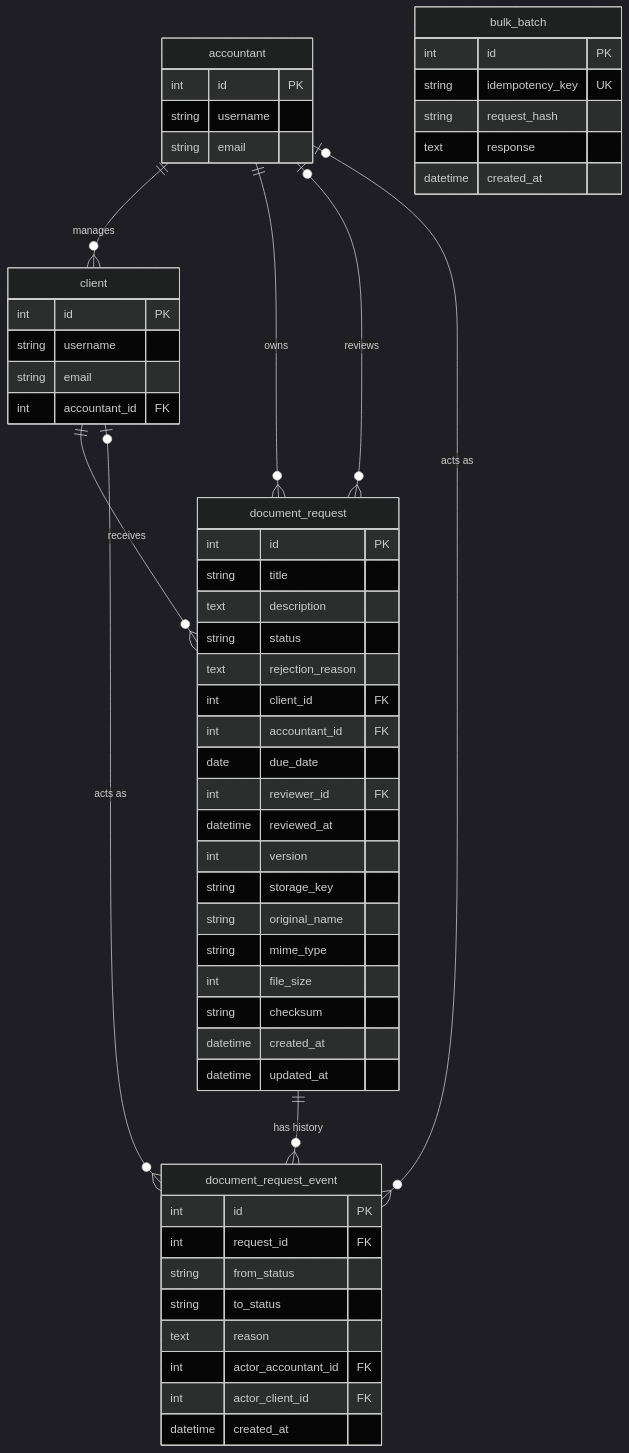
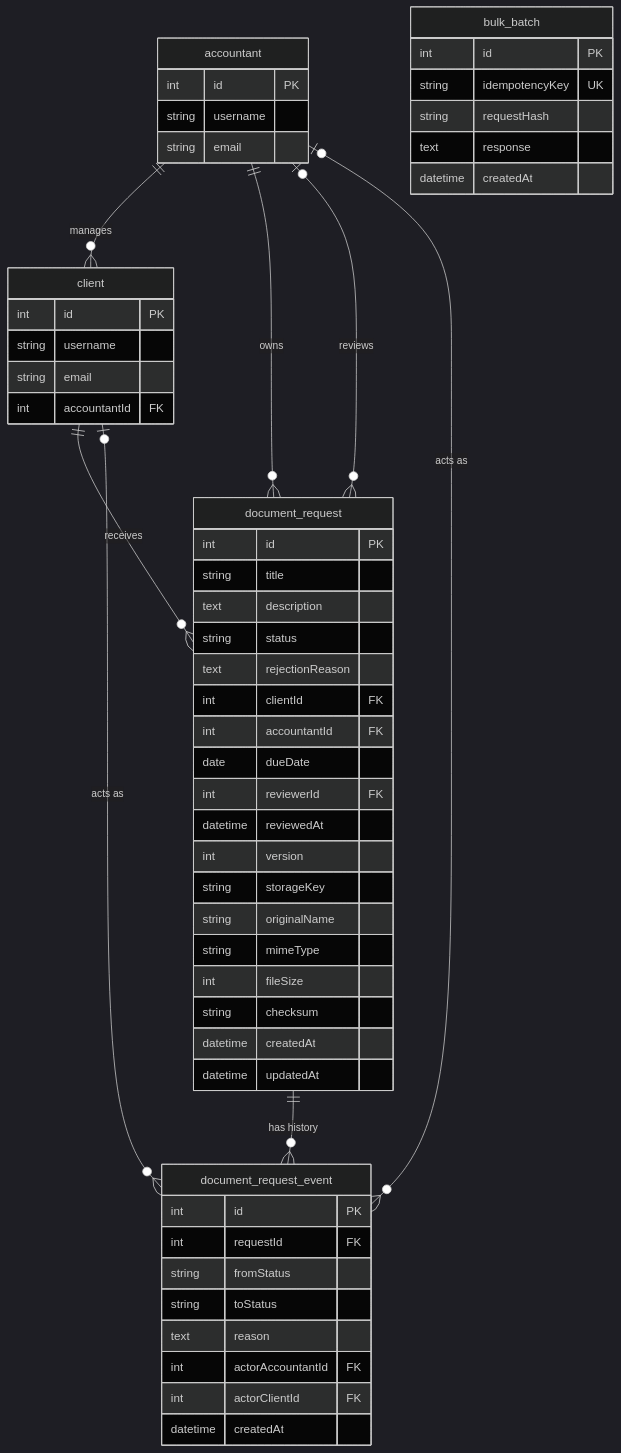
The diagram in docs/DESIGN.MD (karim029/request_document_feature_poc), drawn with Mermaid (dark theme) before and after one commit. The commit also changed other lines of this file and 4 other files, not shown here.

Commit message:
feat(db): add schema migrations 1 to 5

````diff
--- a/docs/DESIGN.MD
+++ b/docs/DESIGN.MD
@@ -16,59 +13,59 @@
 ```mermaid
 erDiagram
     accountant ||--o{ client : "manages"
     client ||--o{ document_request : "receives"
     accountant ||--o{ document_request : "owns"
     accountant |o--o{ document_request : "reviews"
     document_request ||--o{ document_request_event : "has history"
     accountant |o--o{ document_request_event : "acts as"
     client |o--o{ document_request_event : "acts as"
-
+ 
     accountant {
         int id PK
         string username
         string email
     }
     client {
         int id PK
         string username
         string email
-        int accountant_id FK
+        int accountantId FK
     }
     document_request {
         int id PK
         string title
         text description
         string status
-        text rejection_reason
-        int client_id FK
-        int accountant_id FK
-        date due_date
-        int reviewer_id FK
-        datetime reviewed_at
+        text rejectionReason
+        int clientId FK
+        int accountantId FK
+        date dueDate
+        int reviewerId FK
+        datetime reviewedAt
         int version
-        string storage_key
-        string original_name
-        string mime_type
-        int file_size
+        string storageKey
+        string originalName
+        string mimeType
+        int fileSize
         string checksum
-        datetime created_at
-        datetime updated_at
+        datetime createdAt
+        datetime updatedAt
     }
     document_request_event {
         int id PK
-        int request_id FK
-        string from_status
-        string to_status
+        int requestId FK
+        string fromStatus
+        string toStatus
         text reason
-        int actor_accountant_id FK
-        int actor_client_id FK
-        datetime created_at
+        int actorAccountantId FK
+        int actorClientId FK
+        datetime createdAt
     }
-        bulk_batch {
+    bulk_batch {
         int id PK
-        string idempotency_key UK
-        string request_hash
+        string idempotencyKey UK
+        string requestHash
         text response
-        datetime created_at
+        datetime createdAt
     }
 ```
````
